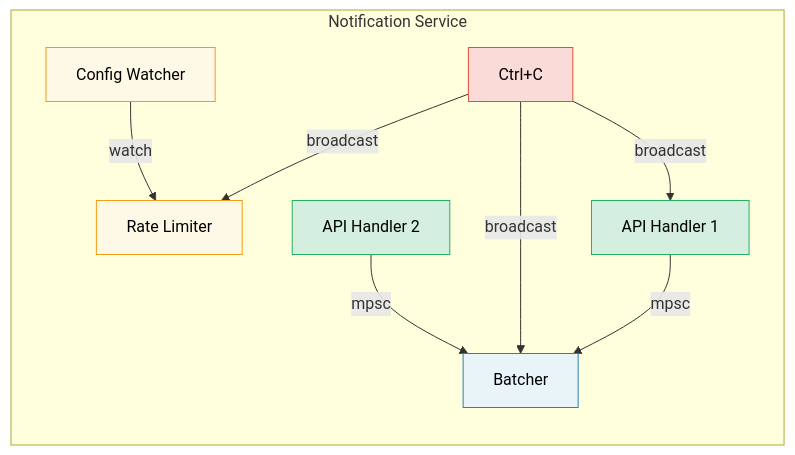
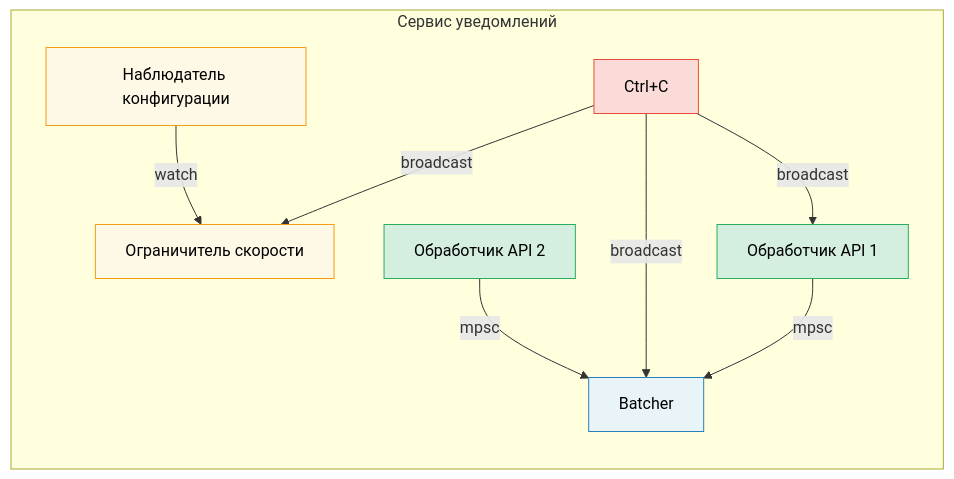
One commit to r007/RustTraining-Rus changed the third of 3 diagrams in async-book/src/ch08-tokio-deep-dive.md. Above: the diagram before and after it, drawn with Mermaid. The commit also changed other lines of this file and 10 other files, not shown here.

````diff
--- a/async-book/src/ch08-tokio-deep-dive.md
+++ b/async-book/src/ch08-tokio-deep-dive.md
@@ -235,19 +235,19 @@
 ```mermaid
 graph LR
-    subgraph "Notification Service"
+    subgraph "Сервис уведомлений"
         direction TB
-        API1["API Handler 1"] -->|mpsc| BATCH["Batcher"]
-        API2["API Handler 2"] -->|mpsc| BATCH
-        CONFIG["Config Watcher"] -->|watch| RATE["Rate Limiter"]
+        API1["Обработчик API 1"] -->|mpsc| BATCH["Batcher"]
+        API2["Обработчик API 2"] -->|mpsc| BATCH
+        CONFIG["Наблюдатель конфигурации"] -->|watch| RATE["Ограничитель скорости"]
         CTRL["Ctrl+C"] -->|broadcast| API1
         CTRL -->|broadcast| BATCH
         CTRL -->|broadcast| RATE
     end
 
     style API1 fill:#d4efdf,stroke:#27ae60,color:#000
     style API2 fill:#d4efdf,stroke:#27ae60,color:#000
     style BATCH fill:#e8f4f8,stroke:#2980b9,color:#000
     style CONFIG fill:#fef9e7,stroke:#f39c12,color:#000
     style RATE fill:#fef9e7,stroke:#f39c12,color:#000
     style CTRL fill:#fadbd8,stroke:#e74c3c,color:#000
 ```
````
